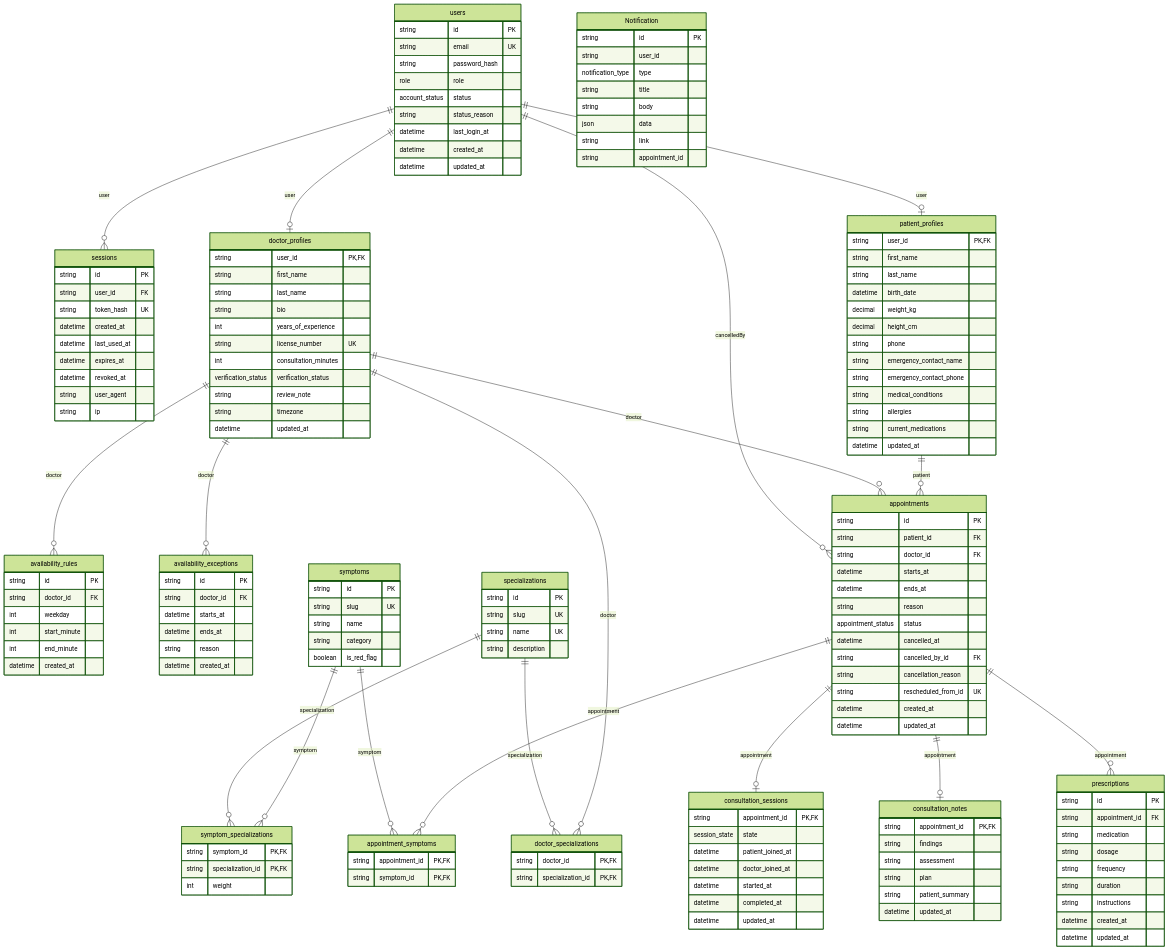
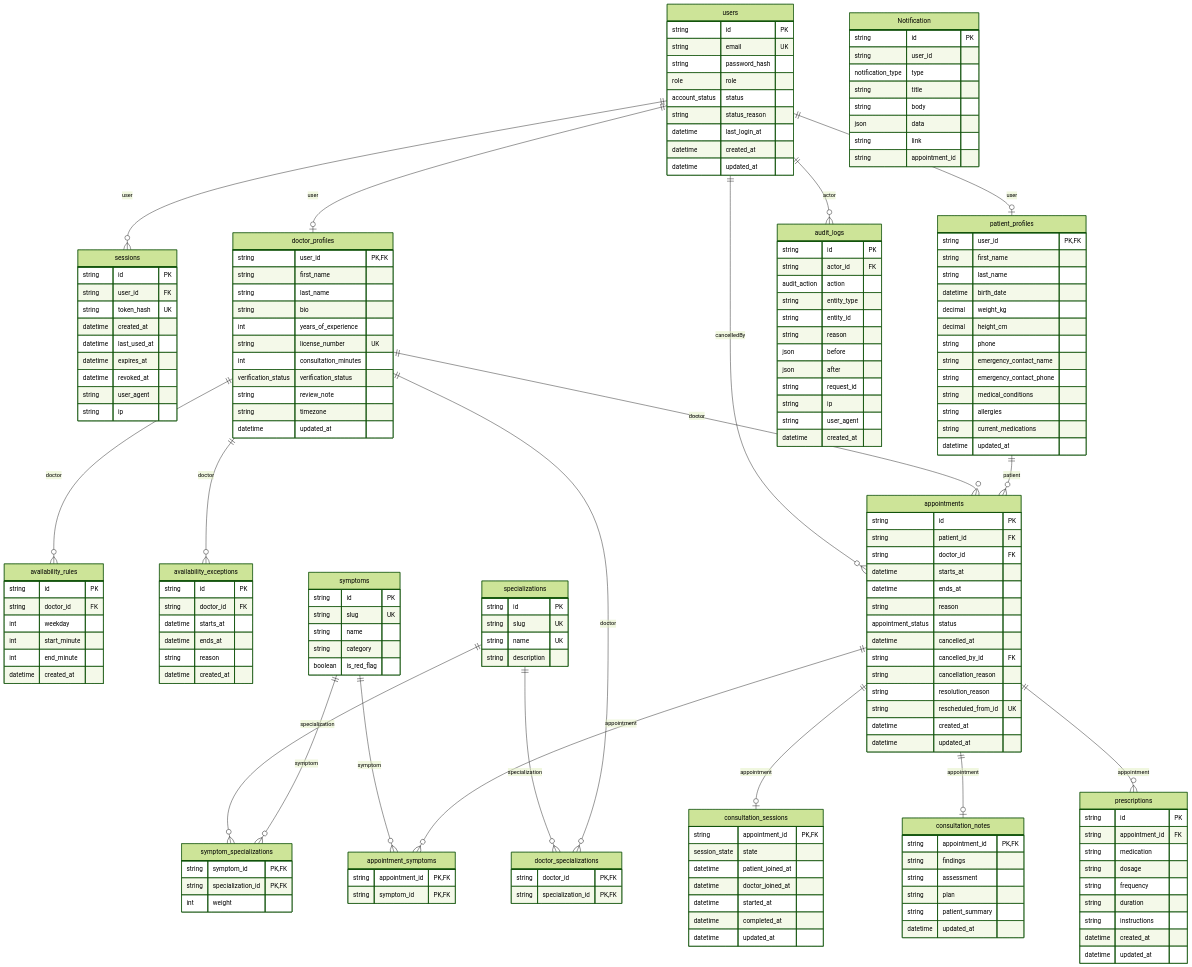
The diagram in docs/architecture/_generated-erd.md (alhexjustine/telehealth), drawn with Mermaid (forest theme) before and after one commit. The commit also changed 114 other files, not shown here.

````diff
--- a/docs/architecture/_generated-erd.md
+++ b/docs/architecture/_generated-erd.md
@@ -101,6 +101,7 @@
     datetime cancelled_at
     string cancelled_by_id FK
     string cancellation_reason
+    string resolution_reason
     string rescheduled_from_id UK
     datetime created_at
     datetime updated_at
@@ -147,6 +148,20 @@
     datetime created_at
     datetime updated_at
   }
+  audit_logs {
+    string id PK
+    string actor_id FK
+    audit_action action
+    string entity_type
+    string entity_id
+    string reason
+    json before
+    json after
+    string request_id
+    string ip
+    string user_agent
+    datetime created_at
+  }
   users ||--o{ sessions : "user"
   users ||--o| patient_profiles : "user"
   users ||--o| doctor_profiles : "user"
@@ -164,4 +179,5 @@
   appointments ||--o| consultation_sessions : "appointment"
   appointments ||--o| consultation_notes : "appointment"
   appointments ||--o{ prescriptions : "appointment"
+  users ||--o{ audit_logs : "actor"
 ```
````
